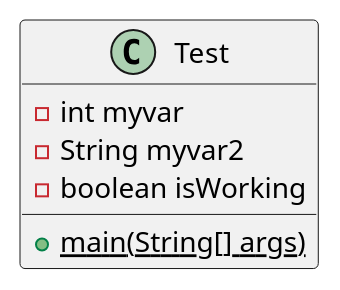
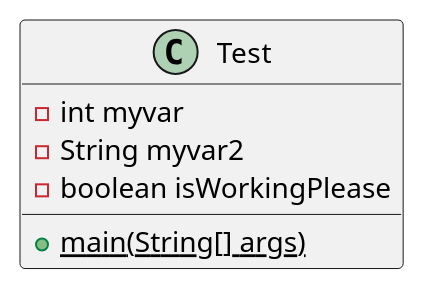
The diagram in docs/uml/test.puml (andrewdimmer/csi-3370-software-project-config-test), drawn with PlantUML before and after one commit.

```diff
--- a/docs/uml/test.puml
+++ b/docs/uml/test.puml
@@ -1,10 +1,10 @@
 @startuml test
 
 class Test {
     - int myvar
     - String myvar2
-    - boolean isWorking
+    - boolean isWorkingPlease
     {static} + main(String[] args)
 }
 
 @enduml
```
